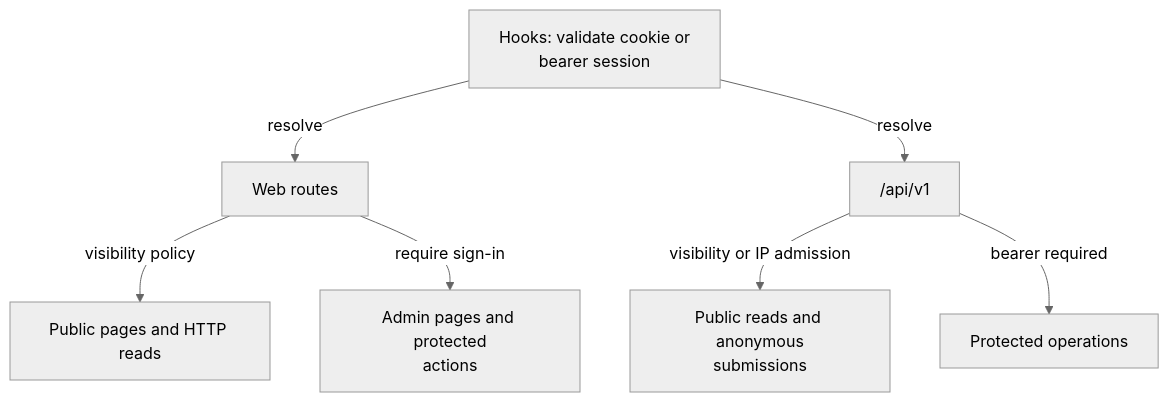
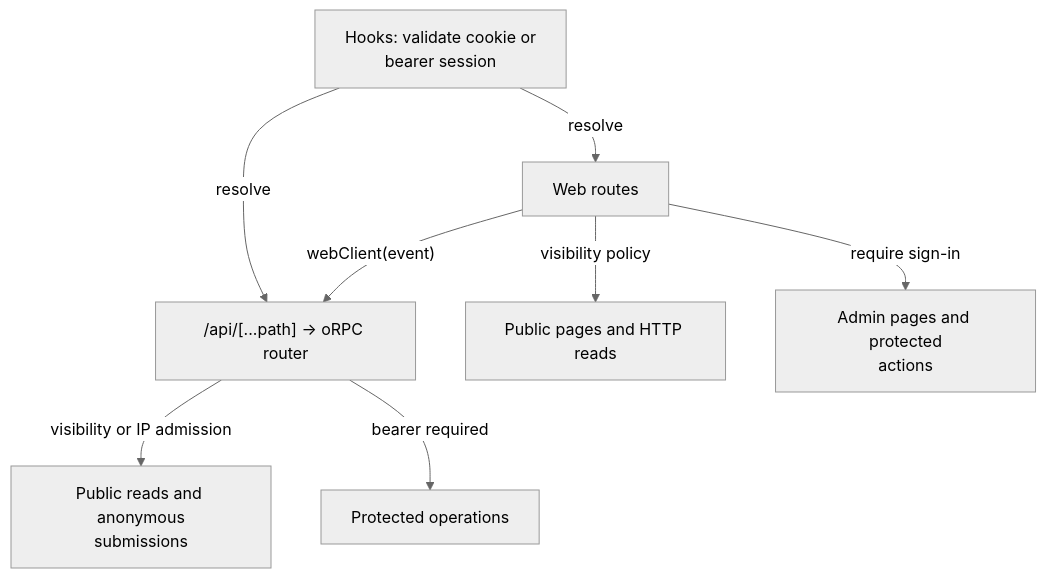
The first of 2 diagrams in src/routes/README.md (jonathan-lindqvist/enstorstarkreview), drawn with Mermaid (neutral theme) before and after one commit. The commit also changed other lines of this file and 17 other files, not shown here.

````diff
--- a/src/routes/README.md
+++ b/src/routes/README.md
@@ -12,9 +15,10 @@
 ```mermaid
 flowchart TD
     Hooks["Hooks: validate cookie or<br/>bearer session"] -->|"resolve"| Web["Web routes"]
-    Hooks -->|"resolve"| API["/api/v1"]
+    Hooks -->|"resolve"| API["/api/[...path] → oRPC router"]
+    Web -->|"webClient(event)"| API
     Web -->|"visibility policy"| Public["Public pages and HTTP reads"]
     Web -->|"require sign-in"| Editors["Admin pages and protected<br/>actions"]
     API -->|"visibility or IP admission"| Reads["Public reads and anonymous<br/>submissions"]
     API -->|"bearer required"| Writes["Protected operations"]
 ```
````
